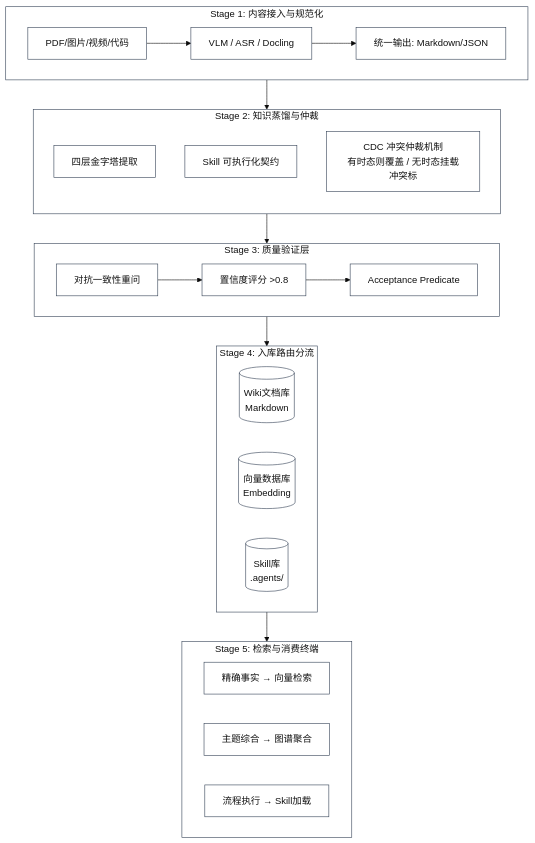
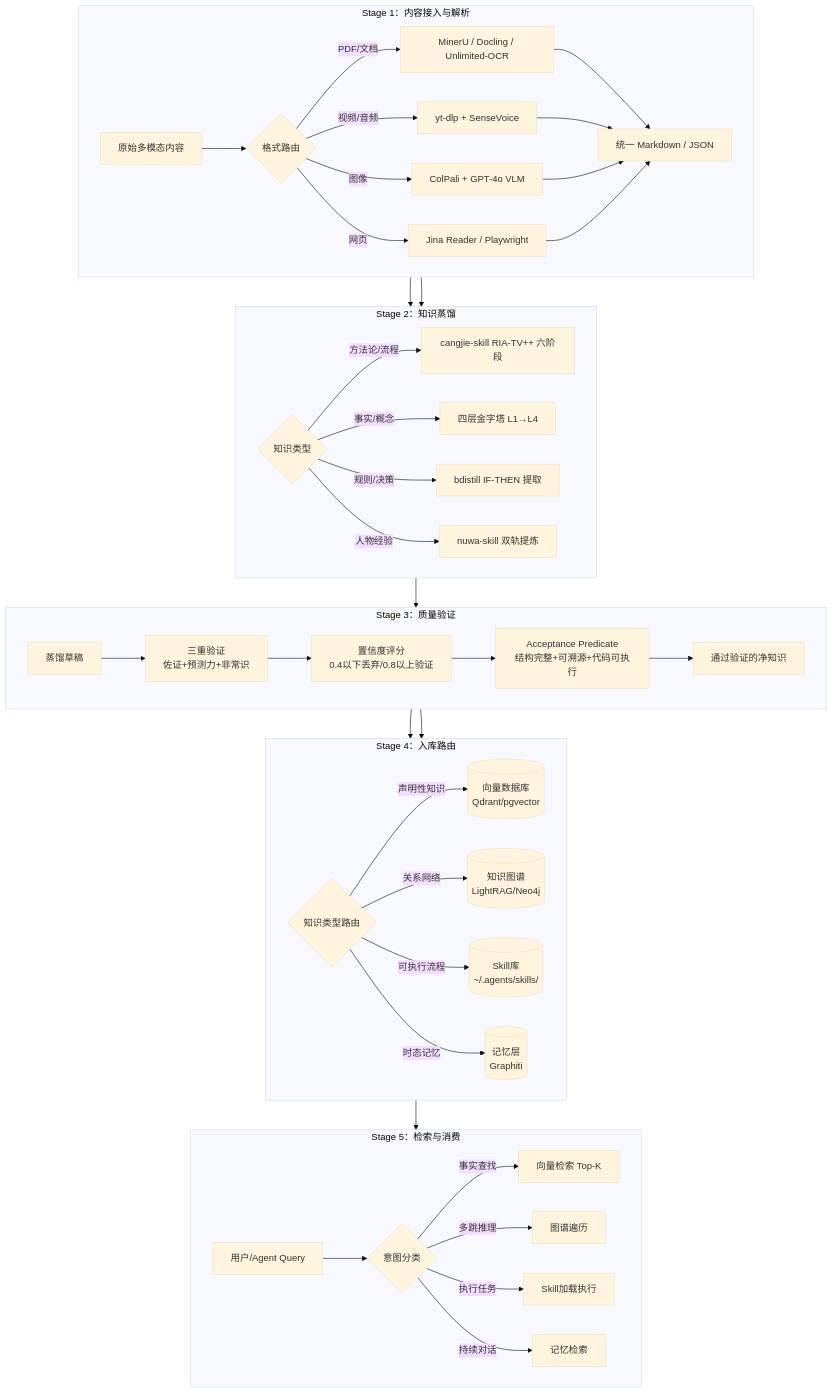
The diagram in docs/knowledge/04-architecture.md (zjgulai/Kb2Agent), drawn with Mermaid (base theme) before and after one commit. The commit also changed other lines of this file and 7 other files, not shown here.

Commit message:
feat: major iteration - rebuild framework/architecture, add e2e pipeline, kb-evolution, evaluation chapters with full production-grade code

````diff
--- a/docs/knowledge/04-architecture.md
+++ b/docs/knowledge/04-architecture.md
@@ -5,41 +9,51 @@
 ```mermaid
 flowchart TD
-    subgraph Stage1 [Stage 1: 内容接入与规范化]
+    subgraph S1 [Stage 1：内容接入与解析]
         direction LR
-        S1[PDF/图片/视频/代码] --> P1[VLM / ASR / Docling] --> O1[统一输出: Markdown/JSON]
+        IN[原始多模态内容] --> ROUTE{格式路由}
+        ROUTE --> |PDF/文档| DOC[MinerU / Docling / Unlimited-OCR]
+        ROUTE --> |视频/音频| AV[yt-dlp + SenseVoice]
+        ROUTE --> |图像| IMG[ColPali + GPT-4o VLM]
+        ROUTE --> |网页| WEB[Jina Reader / Playwright]
+        DOC & AV & IMG & WEB --> OUT1[统一 Markdown / JSON]
     end
 
-    subgraph Stage2 [Stage 2: 知识蒸馏与仲裁]
-        direction TB
-        E1[四层金字塔提取]
-        E2[Skill 可执行化契约]
-        E3[CDC 冲突仲裁机制<br/>有时态则覆盖 / 无时态挂载冲突标]
+    subgraph S2 [Stage 2：知识蒸馏]
+        direction LR
+        OUT1 --> TYPE{知识类型}
+        TYPE --> |方法论/流程| SKILL[cangjie-skill RIA-TV++ 六阶段]
+        TYPE --> |事实/概念| PYRAMID[四层金字塔 L1→L4]
+        TYPE --> |规则/决策| RULE[bdistill IF-THEN 提取]
+        TYPE --> |人物经验| PERSONA[nuwa-skill 双轨提炼]
     end
 
-    subgraph Stage3 [Stage 3: 质量验证层]
+    subgraph S3 [Stage 3：质量验证]
         direction LR
-        V1[对抗一致性重问] --> V2[置信度评分 >0.8] --> V3[Acceptance Predicate]
+        DRAFT[蒸馏草稿] --> V1[三重验证<br/>佐证+预测力+非常识]
+        V1 --> V2[置信度评分<br/>0.4以下丢弃/0.8以上验证]
+        V2 --> V3[Acceptance Predicate<br/>结构完整+可溯源+代码可执行]
+        V3 --> CLEAN[通过验证的净知识]
     end
 
-    subgraph Stage4 [Stage 4: 入库路由分流]
+    subgraph S4 [Stage 4：入库路由]
         direction LR
-        R1[(Wiki文档库<br/>Markdown)]
-        R2[(向量数据库<br/>Embedding)]
-        R3[(Skill库<br/>.agents/)]
+        CLEAN --> ROUTER{知识类型路由}
+        ROUTER --> |声明性知识| VDB[(向量数据库<br/>Qdrant/pgvector)]
+        ROUTER --> |关系网络| GDB[(知识图谱<br/>LightRAG/Neo4j)]
+        ROUTER --> |可执行流程| SKB[(Skill库<br/>~/.agents/skills/)]
+        ROUTER --> |时态记忆| MEM[(记忆层<br/>Graphiti)]
     end
 
-    subgraph Stage5 [Stage 5: 检索与消费终端]
+    subgraph S5 [Stage 5：检索与消费]
         direction LR
-        C1[精确事实 → 向量检索]
-        C2[主题综合 → 图谱聚合]
-        C3[流程执行 → Skill加载]
+        QUERY[用户/Agent Query] --> INTENT{意图分类}
+        INTENT --> |事实查找| RAG[向量检索 Top-K]
+        INTENT --> |多跳推理| GRAPH[图谱遍历]
+        INTENT --> |执行任务| SKILL2[Skill加载执行]
+        INTENT --> |持续对话| MEM2[记忆检索]
     end
 
-    Stage1 --> Stage2
-    Stage2 --> Stage3
-    Stage3 --> Stage4
-    Stage4 --> Stage5
-    
-    classDef plain fill:#fff,stroke:#334155,stroke-width:1px,color:#111;
-    class Stage1,Stage2,Stage3,Stage4,Stage5,S1,P1,O1,E1,E2,E3,V1,V2,V3,R1,R2,R3,C1,C2,C3 plain;
+    S1 --> S2 --> S3 --> S4 --> S5
+
+    classDef plain fill:#fafafa,stroke:#334155,stroke-width:1px;
 ```
````
